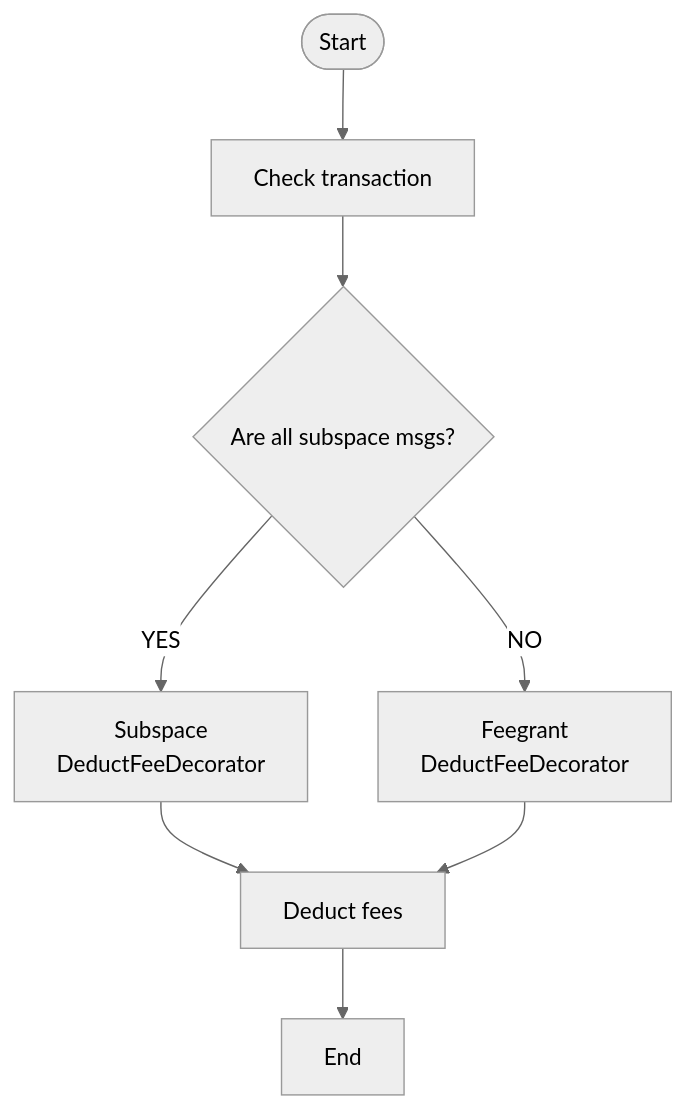
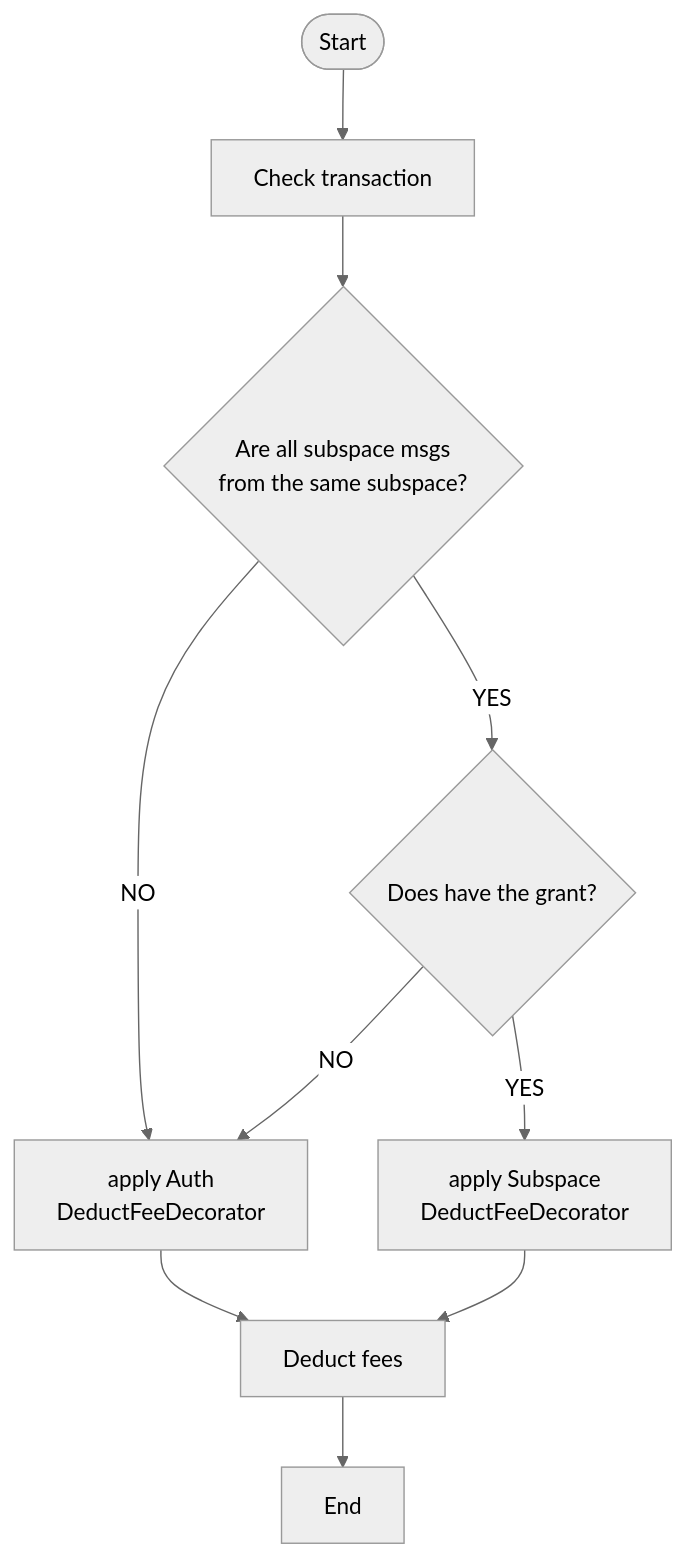
The second of 2 diagrams in docs/architecture/adr-017-subspace-fee-grant.md (desmos-labs/desmos), drawn with Mermaid (neutral theme) before and after one commit. The commit also changed other lines of this file, not shown here.

````diff
--- a/docs/architecture/adr-017-subspace-fee-grant.md
+++ b/docs/architecture/adr-017-subspace-fee-grant.md
@@ -52,10 +56,12 @@
 ```mermaid
 graph TD
   id1([Start]) --> id2[Check transaction]
-  id2 --> id3{Are all subspace msgs?}
-  id3 -- YES --> id4[Subspace<br /> DeductFeeDecorator]
-  id3 -- NO --> id5[Feegrant<br /> DeductFeeDecorator]
-  id4 --> id6[Deduct fees]
-  id5 --> id6
-  id6 --> id7[End]
+  id2 --> id3{Are all subspace msgs<br/ >from the same subspace?}
+  id3 -- YES --> id4{Does have the grant?}
+  id3 -- NO --> id5[apply Auth<br />DeductFeeDecorator]
+  id4 -- YES --> id6[apply Subspace<br />DeductFeeDecorator]
+  id4 -- NO --> id5
+  id5 --> id7[Deduct fees]
+  id6 --> id7
+  id7 --> id8[End]
 ```
````
